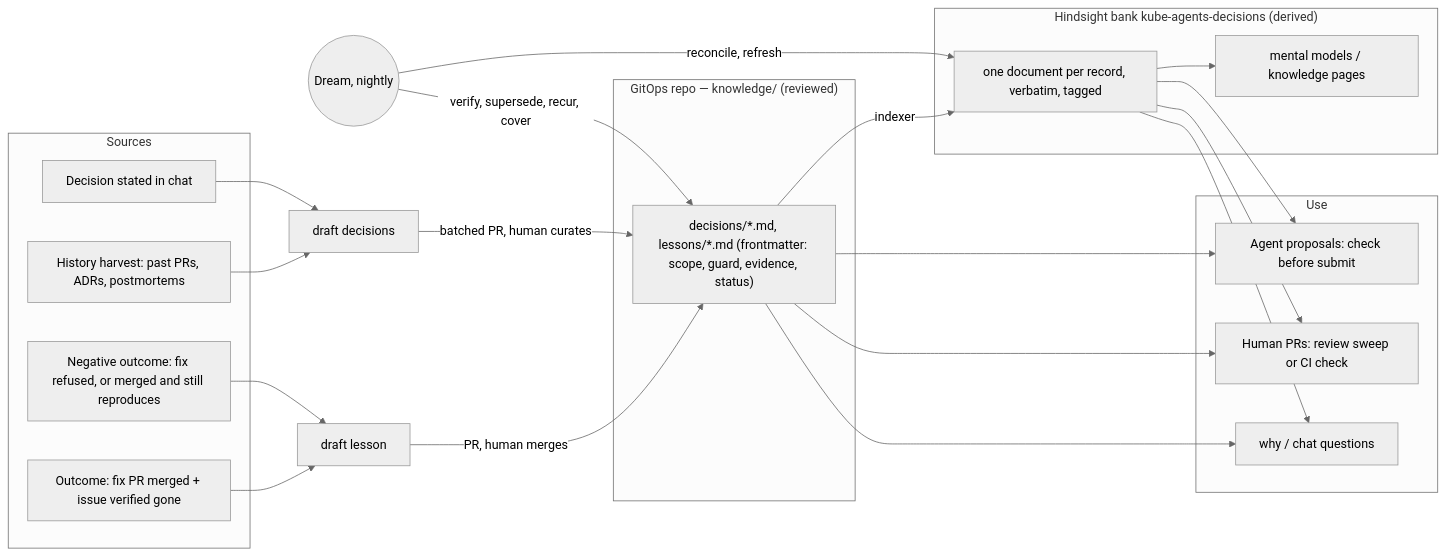
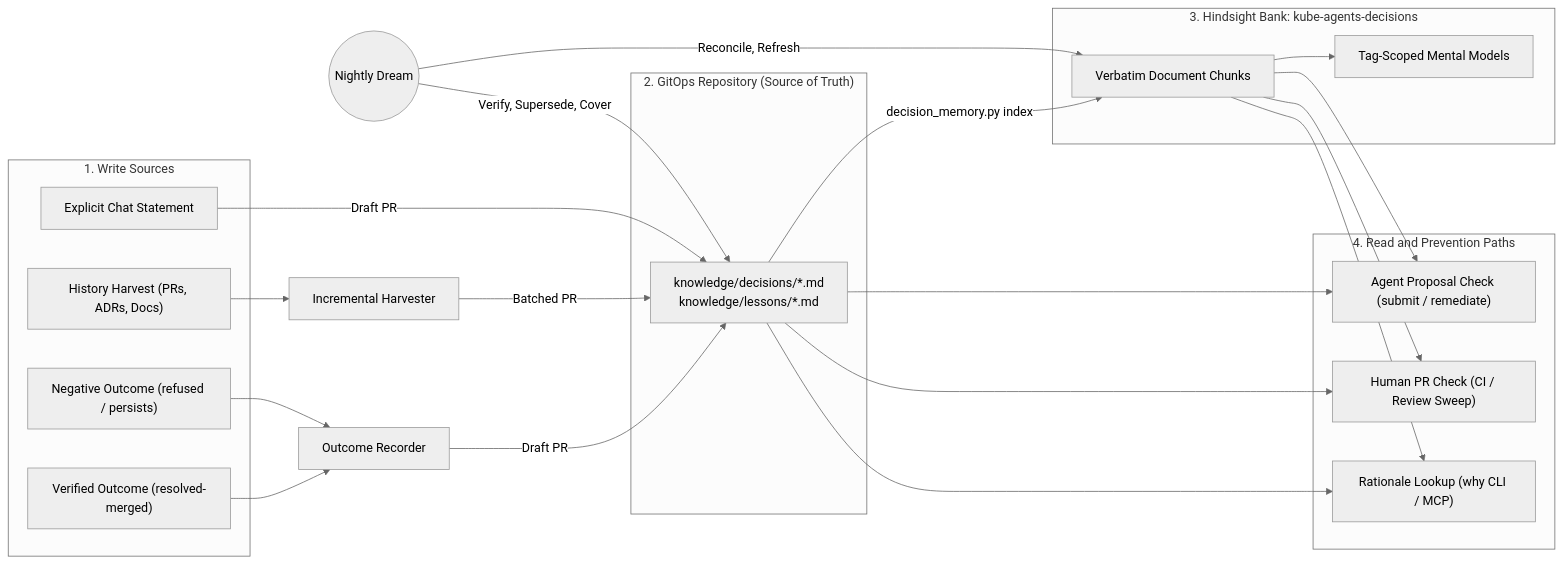
One commit to dshnayder/kube-agents changed the first of 3 diagrams in docs/designs/decision-memory.md. Above: the diagram before and after it, drawn with Mermaid (neutral theme). The commit also changed other lines of this file and 2 other files, not shown here.

Commit message:
docs(design): rewrite decision-memory design in ASD-STE100

````diff
--- a/docs/designs/decision-memory.md
+++ b/docs/designs/decision-memory.md
@@ -144,34 +102,34 @@
 ```mermaid
 flowchart LR
-  subgraph Sources
-    O["Outcome: fix PR merged + issue verified gone"]
-    N["Negative outcome: fix refused, or merged and still reproduces"]
-    H["History harvest: past PRs, ADRs, postmortems"]
-    C["Decision stated in chat"]
+  subgraph Sources["1. Write Sources"]
+    O["Verified Outcome (resolved-merged)"]
+    N["Negative Outcome (refused / persists)"]
+    H["History Harvest (PRs, ADRs, Docs)"]
+    C["Explicit Chat Statement"]
   end
-  subgraph Truth["GitOps repo — knowledge/ (reviewed)"]
-    R["decisions/*.md, lessons/*.md (frontmatter: scope, guard, evidence, status)"]
+  subgraph Truth["2. GitOps Repository (Source of Truth)"]
+    R["knowledge/decisions/*.md\nknowledge/lessons/*.md"]
   end
-  subgraph Index["Hindsight bank kube-agents-decisions (derived)"]
-    I["one document per record, verbatim, tagged"]
-    M["mental models / knowledge pages"]
+  subgraph Index["3. Hindsight Bank: kube-agents-decisions"]
+    I["Verbatim Document Chunks"]
+    M["Tag-Scoped Mental Models"]
   end
-  subgraph Use
-    P["Agent proposals: check before submit"]
-    V["Human PRs: review sweep or CI check"]
-    W["why / chat questions"]
+  subgraph Prevention["4. Read and Prevention Paths"]
+    P["Agent Proposal Check (submit / remediate)"]
+    V["Human PR Check (CI / Review Sweep)"]
+    W["Rationale Lookup (why CLI / MCP)"]
   end
-  O --> D1["draft lesson"] -->|PR, human merges| R
+  O --> D1["Outcome Recorder"] -->|Draft PR| R
   N --> D1
-  H --> D2["draft decisions"] -->|batched PR, human curates| R
-  C --> D2
-  R -->|indexer| I --> M
+  H --> D2["Incremental Harvester"] -->|Batched PR| R
+  C -->|Draft PR| R
+  R -->|decision_memory.py index| I --> M
   R --> P
   R --> V
+  R --> W
   I --> P
   I --> V
   I --> W
-  R --> W
-  Dream(("Dream, nightly")) -->|verify, supersede, recur, cover| R
-  Dream -->|reconcile, refresh| I
+  Dream(("Nightly Dream")) -->|Verify, Supersede, Cover| R
+  Dream -->|Reconcile, Refresh| I
 ```
````
